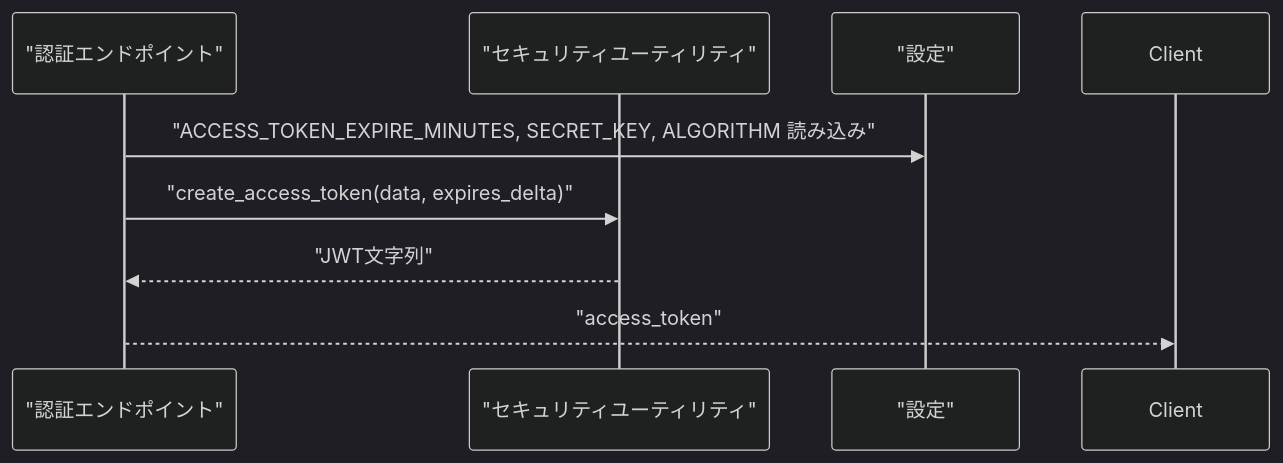
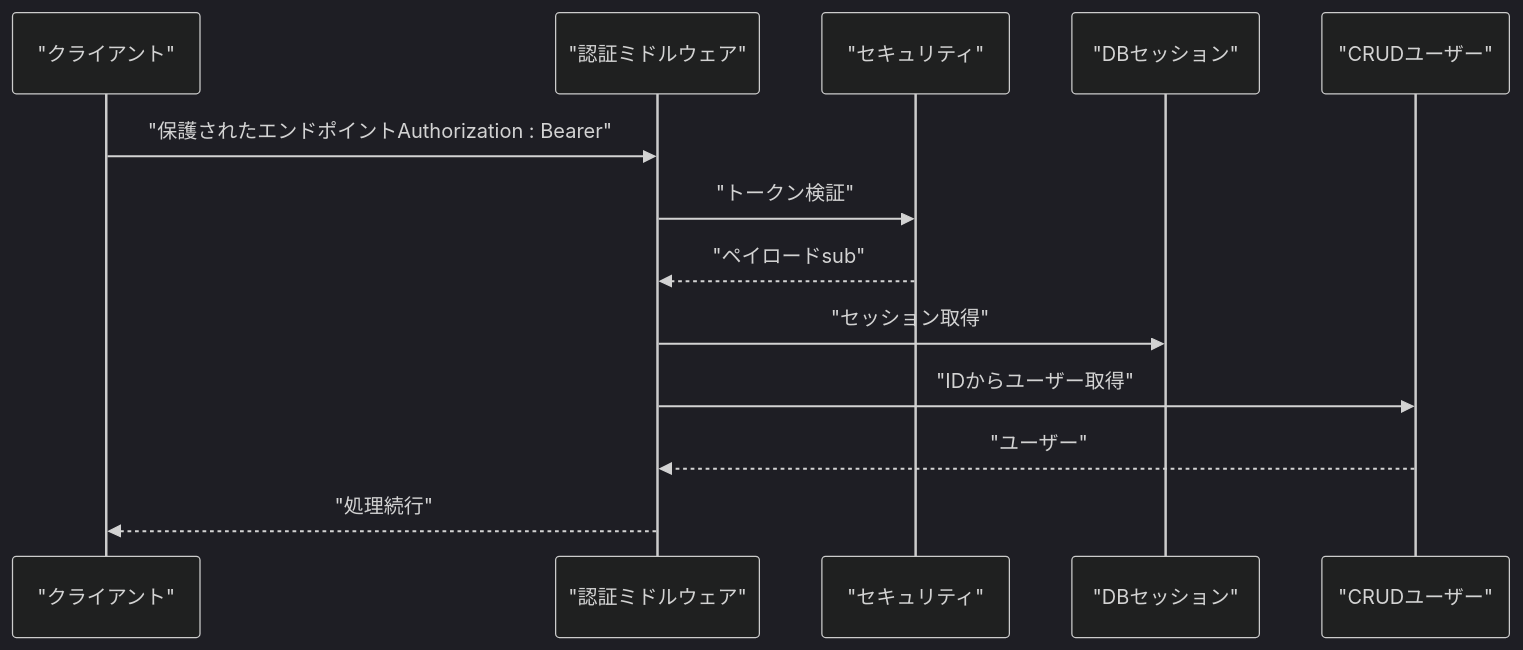
Before and after one commit to ss8806/Todos: the fourth of 6 diagrams in .qoder/repowiki/ja/content/認証システム/認証システム.md, drawn with Mermaid (dark theme). The commit also changed other lines of this file and 106 other files, not shown here.

````diff
--- a/.qoder/repowiki/ja/content/認証システム/認証システム.md
+++ b/.qoder/repowiki/ja/content/認証システム/認証システム.md
@@ -224,10 +227,15 @@
 ```mermaid
 sequenceDiagram
-participant API as "認証エンドポイント"
-participant SEC as "セキュリティユーティリティ"
-participant CFG as "設定"
-API->>CFG : "ACCESS_TOKEN_EXPIRE_MINUTES, SECRET_KEY, ALGORITHM 読み込み"
-API->>SEC : "create_access_token(data, expires_delta)"
-SEC-->>API : "JWT文字列"
-API-->>Client : "access_token"
+participant Client as "クライアント"
+participant MW as "認証ミドルウェア"
+participant Sec as "セキュリティ"
+participant DB as "DBセッション"
+participant CRUDU as "CRUDユーザー"
+Client->>MW : "保護されたエンドポイントAuthorization : Bearer"
+MW->>Sec : "トークン検証"
+Sec-->>MW : "ペイロードsub"
+MW->>DB : "セッション取得"
+MW->>CRUDU : "IDからユーザー取得"
+CRUDU-->>MW : "ユーザー"
+MW-->>Client : "処理続行"
 ```
````
